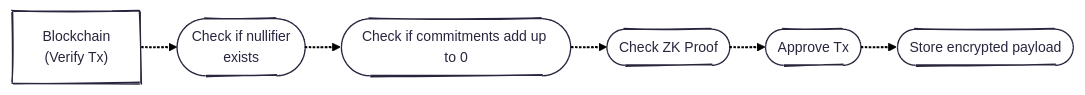
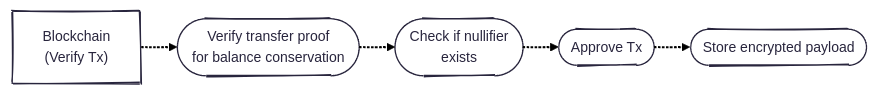
Before and after one commit to raylsnetwork/Enygma: the sixth of 10 diagrams in enygma_payments/protocol_description.md, drawn with Mermaid. The commit also changed other lines of this file and 3 other files, not shown here.

````diff
--- a/enygma_payments/protocol_description.md
+++ b/enygma_payments/protocol_description.md
@@ -430,19 +432,18 @@
 ```mermaid
 ---
 config:
   theme: redux
   layout: elk
   look: handDrawn
 ---
 flowchart LR
 
     %% Blockchain (Verifier)
     verify_tx["Blockchain<br>(Verify Tx)"]
     check_nullifier(["Check if nullifier<br>exists"])
-    check_commit(["Check if commitments add up to 0"])
-    check_zk(["Check ZK Proof"])
+    check_zk(["Verify transfer proof<br>for balance conservation"])
     tally(["Approve Tx"])
     store(["Store encrypted payload"])
 
-    verify_tx -.-> check_nullifier -.-> check_commit -.-> check_zk -.-> tally -.-> store
+    verify_tx -.-> check_zk -.-> check_nullifier -.-> tally -.-> store
 ```
````
